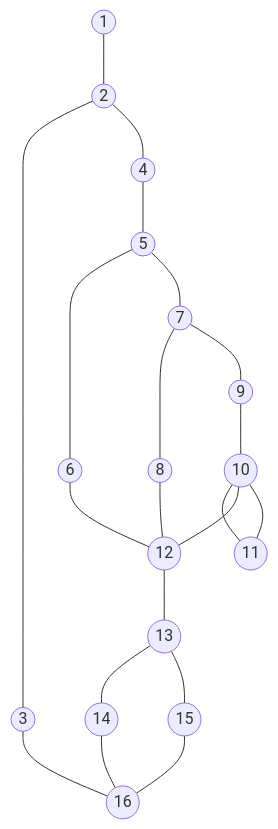
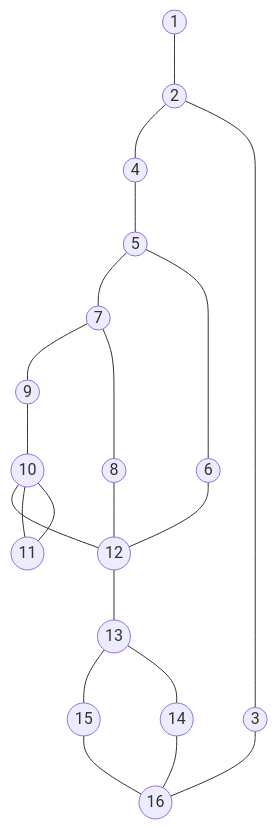
Before and after one commit to bloedige/itdb_ctf: the first of 7 diagrams in tests/docs/caja_blanca_03_puntaje_total_usuario.md, drawn with Mermaid. The commit also changed other lines of this file and 47 other files, not shown here.

````diff
--- a/tests/docs/caja_blanca_03_puntaje_total_usuario.md
+++ b/tests/docs/caja_blanca_03_puntaje_total_usuario.md
@@ -62,23 +94,23 @@
 ```mermaid
 graph TD
     n1((1)) --- n2((2))
-    n2 --- n3((3))
-    n3 --- n16((16))
     n2 --- n4((4))
     n4 --- n5((5))
-    n5 --- n6((6))
-    n6 --- n12((12))
     n5 --- n7((7))
+    n7 --- n9((9))
+    n9 --- n10((10))
+    n10 --- n12((12))
+    n12 --- n13((13))
+    n13 --- n15((15))
+    n15 --- n16((16))
+    n13 --- n14((14))
+    n14 --- n16
+    n10 --- n11((11))
+    n11 --- n10
     n7 --- n8((8))
     n8 --- n12
-    n7 --- n9((9))
-    n9 --- n10((10))
-    n10 --- n11((11))
-    n11 --- n10
-    n10 --- n12
-    n12 --- n13((13))
-    n13 --- n14((14))
-    n14 --- n16
-    n13 --- n15((15))
-    n15 --- n16
+    n5 --- n6((6))
+    n6 --- n12
+    n2 --- n3((3))
+    n3 --- n16
 ```
````
